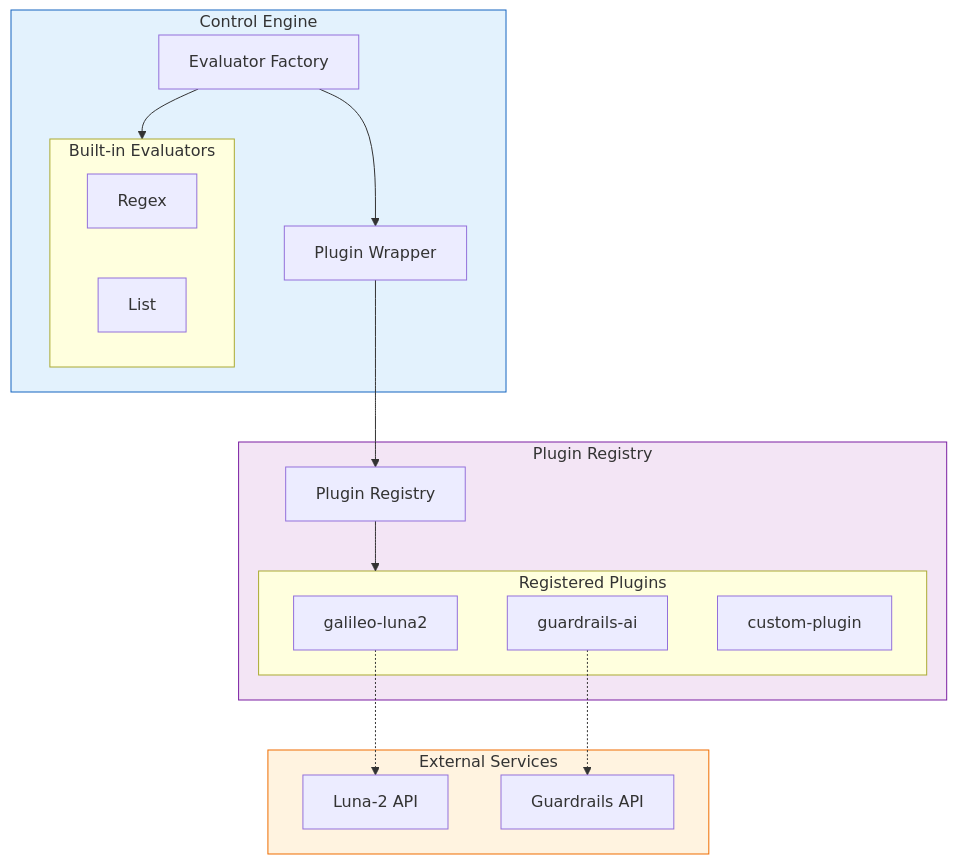
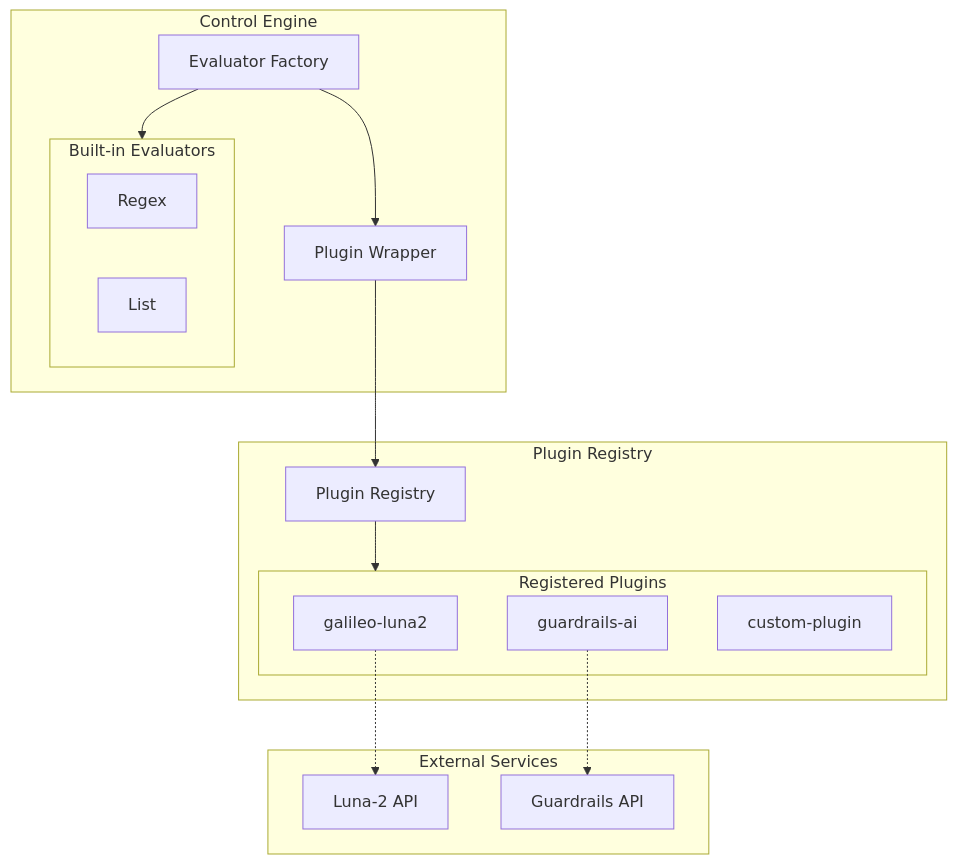
The first of 9 diagrams in diagrams/09-plugin-system.md (agentcontrol/agent-control), drawn with Mermaid before and after one commit. The commit also changed other lines of this file and 9 other files, not shown here.

````diff
--- a/diagrams/09-plugin-system.md
+++ b/diagrams/09-plugin-system.md
@@ -7,39 +7,35 @@
 ```mermaid
 flowchart TB
     subgraph engine["Control Engine"]
         eval_factory["Evaluator Factory"]
         
         subgraph builtin["Built-in Evaluators"]
             regex["Regex"]
             list["List"]
         end
         
         plugin_wrapper["Plugin Wrapper"]
     end
 
     subgraph plugins["Plugin Registry"]
         registry["Plugin Registry"]
         
         subgraph registered["Registered Plugins"]
             luna["galileo-luna2"]
             guardrails["guardrails-ai"]
             custom["custom-plugin"]
         end
     end
 
     subgraph external["External Services"]
         luna_api["Luna-2 API"]
         gr_api["Guardrails API"]
     end
 
     eval_factory --> builtin
     eval_factory --> plugin_wrapper
     plugin_wrapper --> registry
     registry --> registered
     luna -.-> luna_api
     guardrails -.-> gr_api
-
-    style engine fill:#e3f2fd,stroke:#1565c0
-    style plugins fill:#f3e5f5,stroke:#7b1fa2
-    style external fill:#fff3e0,stroke:#ef6c00
 ```
````
